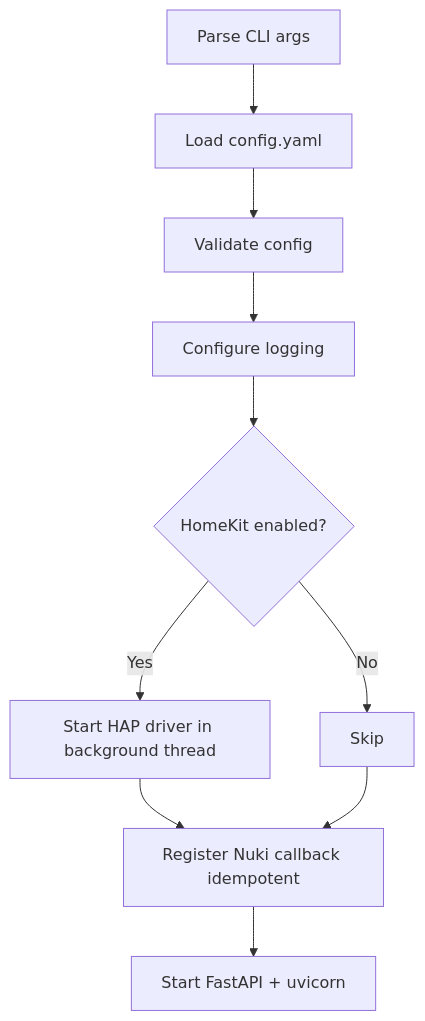
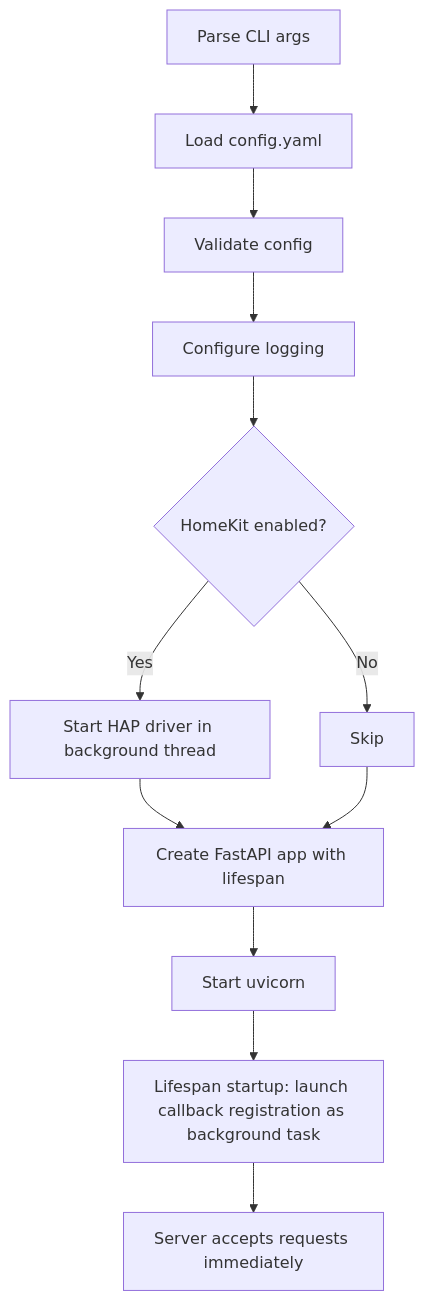
The second of 4 diagrams in specs/tech-spec.md (nicdobler/NukiBlinker), drawn with Mermaid before and after one commit. The commit also changed other lines of this file and 6 other files, not shown here.

````diff
--- a/specs/tech-spec.md
+++ b/specs/tech-spec.md
@@ -408,12 +411,14 @@
 ```mermaid
 flowchart TD
     A[Parse CLI args] --> B[Load config.yaml]
     B --> C[Validate config]
     C --> D[Configure logging]
     D --> E{HomeKit enabled?}
     E -->|Yes| F[Start HAP driver in background thread]
     E -->|No| G[Skip]
-    F --> H[Register Nuki callback idempotent]
+    F --> H[Create FastAPI app with lifespan]
     G --> H
-    H --> I[Start FastAPI + uvicorn]
+    H --> I[Start uvicorn]
+    I --> J[Lifespan startup: launch callback registration as background task]
+    J --> K[Server accepts requests immediately]
 ```
````
